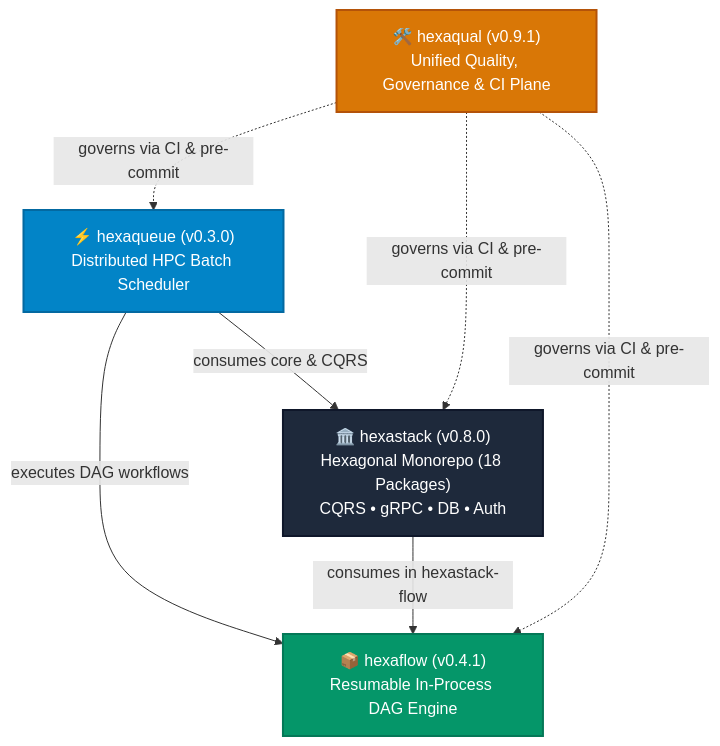
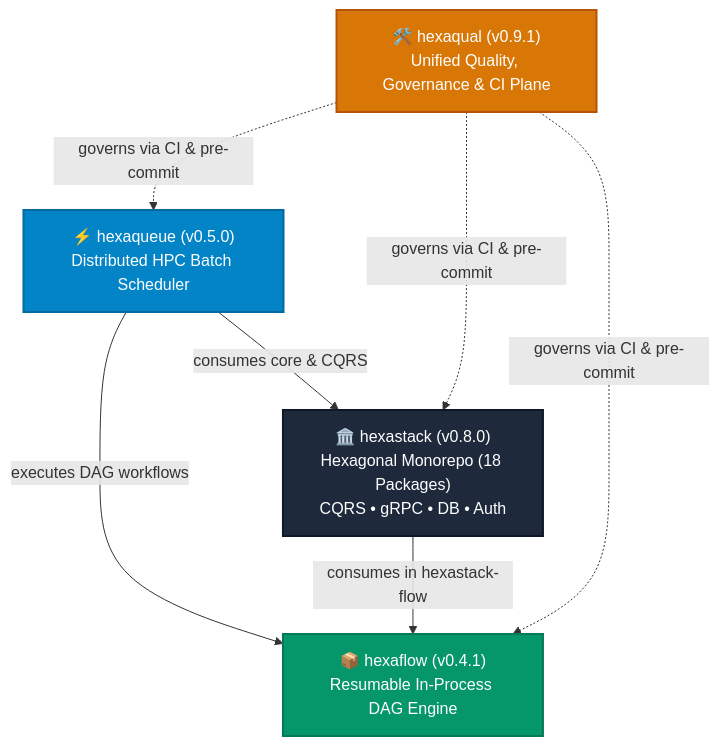
One commit to TheTrueSCU/hexaqueue changed the first of 2 diagrams in docs/ecosystem.md. Above: the diagram before and after it, drawn with Mermaid. The commit also changed 18 other files, not shown here.

Commit message:
chore(release): bump version to v0.5.0 and update roadmap and changelog

````diff
--- a/docs/ecosystem.md
+++ b/docs/ecosystem.md
@@ -9,19 +9,19 @@
 ```mermaid
 graph TD
     classDef hq fill:#0284c7,stroke:#0369a1,stroke-width:2px,color:#ffffff;
     classDef hs fill:#1e293b,stroke:#0f172a,stroke-width:2px,color:#ffffff;
     classDef hf fill:#059669,stroke:#047857,stroke-width:2px,color:#ffffff;
     classDef hqual fill:#d97706,stroke:#b45309,stroke-width:2px,color:#ffffff;
 
-    HQ["⚡ hexaqueue (v0.3.0)<br/>Distributed HPC Batch Scheduler"]:::hq
+    HQ["⚡ hexaqueue (v0.5.0)<br/>Distributed HPC Batch Scheduler"]:::hq
     HS["🏛️ hexastack (v0.8.0)<br/>Hexagonal Monorepo (18 Packages)<br/>CQRS • gRPC • DB • Auth"]:::hs
     HF["📦 hexaflow (v0.4.1)<br/>Resumable In-Process DAG Engine"]:::hf
     HQUAL["🛠️ hexaqual (v0.9.1)<br/>Unified Quality, Governance & CI Plane"]:::hqual
 
     HQ -->|"consumes core & CQRS"| HS
     HQ -->|"executes DAG workflows"| HF
     HS -->|"consumes in hexastack-flow"| HF
     HQUAL -. "governs via CI & pre-commit" .-> HQ
     HQUAL -. "governs via CI & pre-commit" .-> HS
     HQUAL -. "governs via CI & pre-commit" .-> HF
 ```
````
